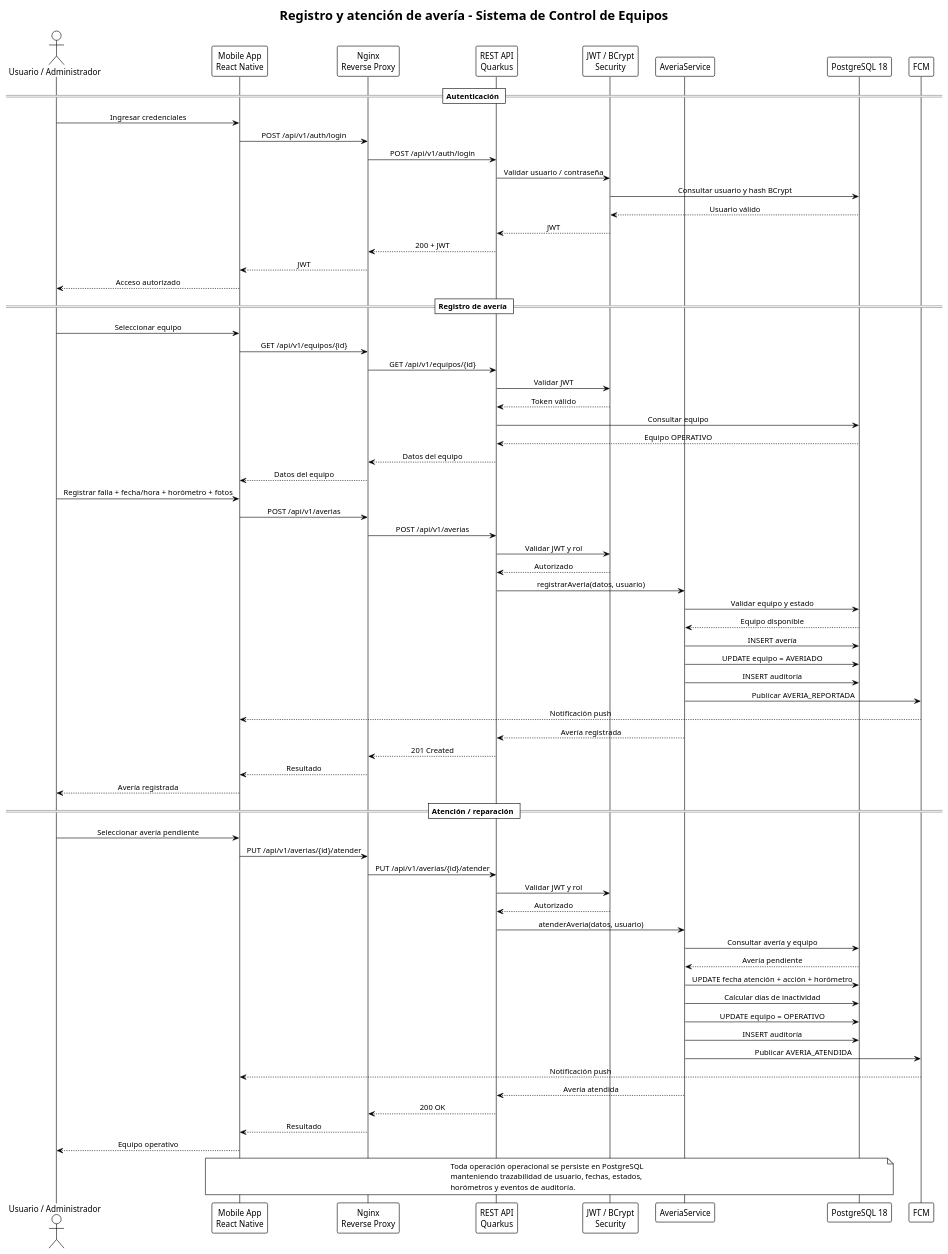
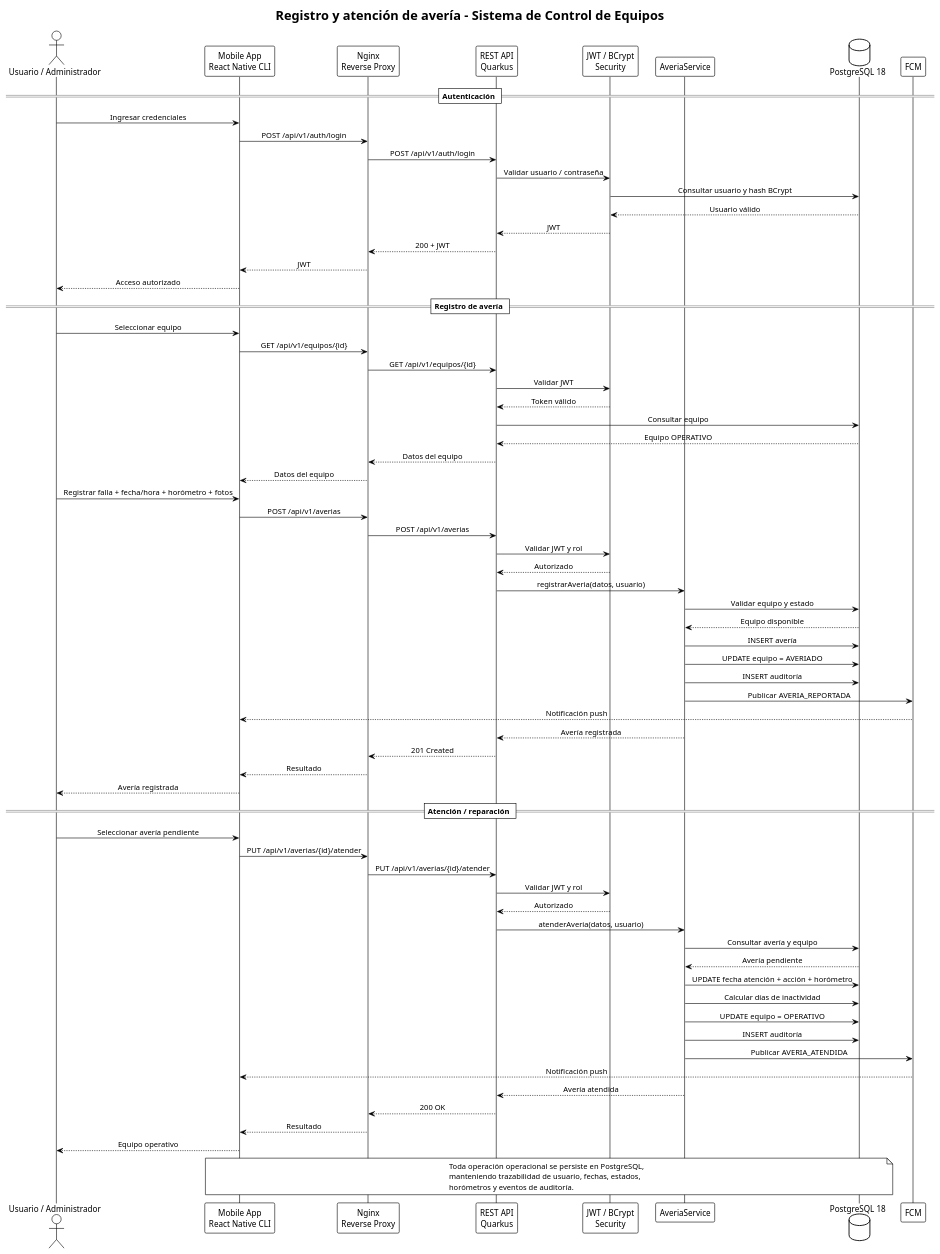
Before and after one commit to jaanyarin/repo_control_equipos_apilamiento_v2: the diagram in documentacion_general/diagramas/03_secuencia_registro_averia.puml, drawn with PlantUML.

Commit message:
fix: corregir sintaxis del diagrama UML de secuencia

```diff
--- a/documentacion_general/diagramas/03_secuencia_registro_averia.puml
+++ b/documentacion_general/diagramas/03_secuencia_registro_averia.puml
@@ -1,94 +1,94 @@
 @startuml
 ' ============================================================================
 ' UML - DIAGRAMA DE SECUENCIA
 ' Registro y atención de una avería
 ' ============================================================================
 
 !theme plain
 skinparam shadowing false
 skinparam sequenceMessageAlign center
 skinparam responseMessageBelowArrow true
 skinparam defaultFontName Arial
 
 title Registro y atención de avería - Sistema de Control de Equipos
 
 actor "Usuario / Administrador" as user
-participant "Mobile App\nReact Native" as mobile
+participant "Mobile App\nReact Native CLI" as mobile
 participant "Nginx\nReverse Proxy" as nginx
 participant "REST API\nQuarkus" as api
 participant "JWT / BCrypt\nSecurity" as security
 participant "AveriaService" as service
-participant "PostgreSQL 18" as db
+database "PostgreSQL 18" as db
 participant "FCM" as fcm
 
 == Autenticación ==
 
 user -> mobile : Ingresar credenciales
 mobile -> nginx : POST /api/v1/auth/login
 nginx -> api : POST /api/v1/auth/login
 api -> security : Validar usuario / contraseña
 security -> db : Consultar usuario y hash BCrypt
 db --> security : Usuario válido
 security --> api : JWT
 api --> nginx : 200 + JWT
 nginx --> mobile : JWT
 mobile --> user : Acceso autorizado
 
 == Registro de avería ==
 
 user -> mobile : Seleccionar equipo
 mobile -> nginx : GET /api/v1/equipos/{id}
 nginx -> api : GET /api/v1/equipos/{id}
 api -> security : Validar JWT
 security --> api : Token válido
 api -> db : Consultar equipo
- db --> api : Equipo OPERATIVO
+db --> api : Equipo OPERATIVO
 api --> nginx : Datos del equipo
 nginx --> mobile : Datos del equipo
 
 user -> mobile : Registrar falla + fecha/hora + horómetro + fotos
 mobile -> nginx : POST /api/v1/averias
 nginx -> api : POST /api/v1/averias
 api -> security : Validar JWT y rol
 security --> api : Autorizado
 api -> service : registrarAveria(datos, usuario)
 service -> db : Validar equipo y estado
- db --> service : Equipo disponible
+db --> service : Equipo disponible
 service -> db : INSERT avería
 service -> db : UPDATE equipo = AVERIADO
 service -> db : INSERT auditoría
 service -> fcm : Publicar AVERIA_REPORTADA
 fcm --> mobile : Notificación push
 service --> api : Avería registrada
 api --> nginx : 201 Created
 nginx --> mobile : Resultado
 mobile --> user : Avería registrada
 
 == Atención / reparación ==
 
 user -> mobile : Seleccionar avería pendiente
 mobile -> nginx : PUT /api/v1/averias/{id}/atender
 nginx -> api : PUT /api/v1/averias/{id}/atender
 api -> security : Validar JWT y rol
 security --> api : Autorizado
 api -> service : atenderAveria(datos, usuario)
 service -> db : Consultar avería y equipo
- db --> service : Avería pendiente
+db --> service : Avería pendiente
 service -> db : UPDATE fecha atención + acción + horómetro
 service -> db : Calcular días de inactividad
 service -> db : UPDATE equipo = OPERATIVO
 service -> db : INSERT auditoría
 service -> fcm : Publicar AVERIA_ATENDIDA
 fcm --> mobile : Notificación push
 service --> api : Avería atendida
 api --> nginx : 200 OK
 nginx --> mobile : Resultado
 mobile --> user : Equipo operativo
 
 note over mobile,db
-Toda operación operacional se persiste en PostgreSQL
+Toda operación operacional se persiste en PostgreSQL,
 manteniendo trazabilidad de usuario, fechas, estados,
 horómetros y eventos de auditoría.
 end note
 
 @enduml
```
